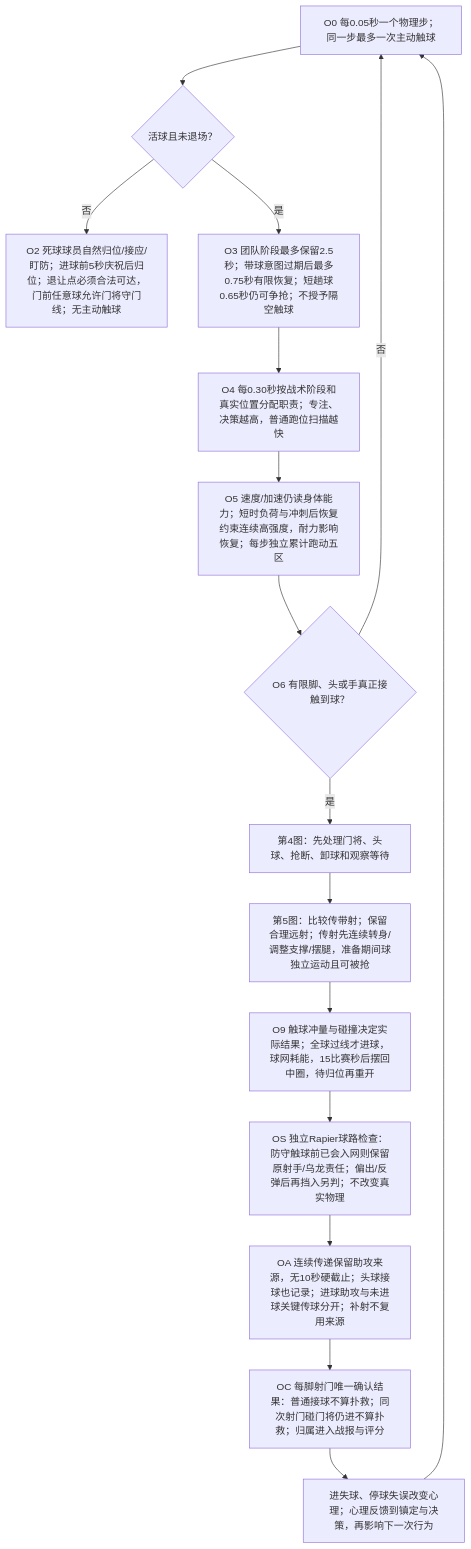
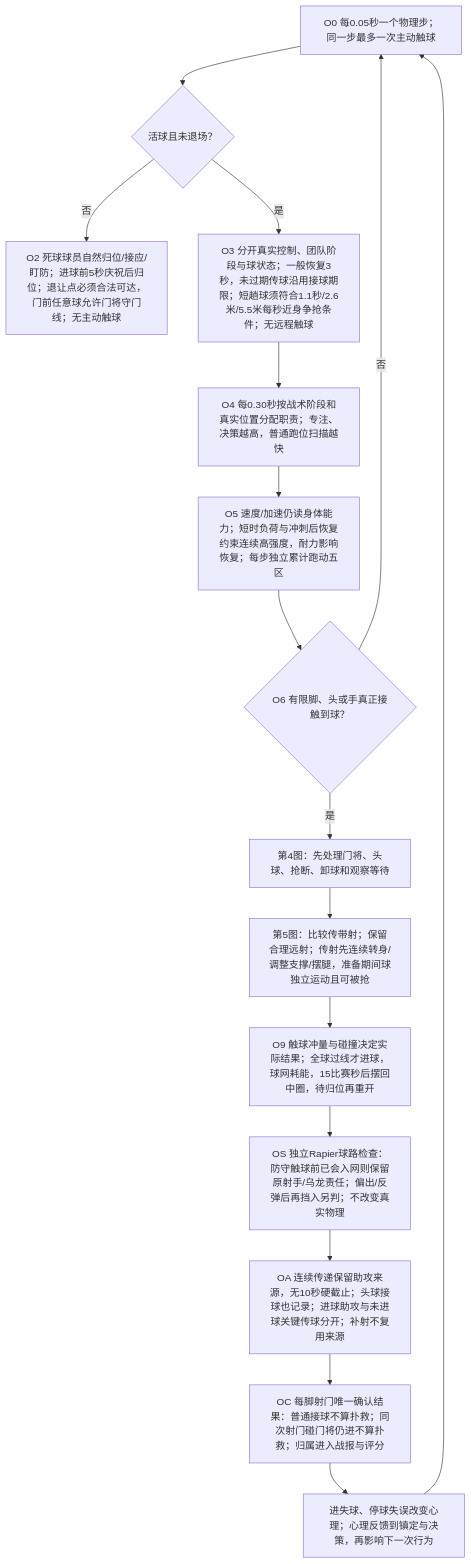
Before and after one commit to sixu3575/touchline-manager: the first of 7 diagrams in packages/shared/modules/matches/design/PLAYER_DECISION_MAP.md, drawn with Mermaid. The commit also changed other lines of this file and 62 other files, not shown here.

````diff
--- a/packages/shared/modules/matches/design/PLAYER_DECISION_MAP.md
+++ b/packages/shared/modules/matches/design/PLAYER_DECISION_MAP.md
@@ -29,18 +29,18 @@
 ```mermaid
 flowchart TD
   O0["O0 每0.05秒一个物理步；同一步最多一次主动触球"] --> O1{"活球且未退场？"}
   O1 -->|否| O2["O2 死球球员自然归位/接应/盯防；进球前5秒庆祝后归位；退让点必须合法可达，门前任意球允许门将守门线；无主动触球"]
-  O1 -->|是| O3["O3 团队阶段最多保留2.5秒；带球意图过期后最多0.75秒有限恢复；短趟球0.65秒仍可争抢；不授予隔空触球"]
+  O1 -->|是| O3["O3 分开真实控制、团队阶段与球状态；一般恢复3秒，未过期传球沿用接球期限；短趟球须符合1.1秒/2.6米/5.5米每秒近身争抢条件；无远程触球"]
   O3 --> O4["O4 每0.30秒按战术阶段和真实位置分配职责；专注、决策越高，普通跑位扫描越快"]
   O4 --> O5["O5 速度/加速仍读身体能力；短时负荷与冲刺后恢复约束连续高强度，耐力影响恢复；每步独立累计跑动五区"]
   O5 --> O6{"O6 有限脚、头或手真正接触到球？"}
   O6 -->|否| O0
   O6 -->|是| O7["第4图：先处理门将、头球、抢断、卸球和观察等待"]
   O7 --> O8["第5图：比较传带射；保留合理远射；传射先连续转身/调整支撑/摆腿，准备期间球独立运动且可被抢"]
   O8 --> O9["O9 触球冲量与碰撞决定实际结果；全球过线才进球，球网耗能，15比赛秒后摆回中圈，待归位再重开"]
   O9 --> OS["OS 独立Rapier球路检查：防守触球前已会入网则保留原射手/乌龙责任；偏出/反弹后再挡入另判；不改变真实物理"]
   OS --> OA["OA 连续传递保留助攻来源，无10秒硬截止；头球接球也记录；进球助攻与未进球关键传球分开；补射不复用来源"]
   OA --> OC["OC 每脚射门唯一确认结果：普通接球不算扑救；同次射门碰门将仍进不算扑救；归属进入战报与评分"]
   OC --> O10["进失球、停球失误改变心理；心理反馈到镇定与决策，再影响下一次行为"]
   O10 --> O0
 ```
````
